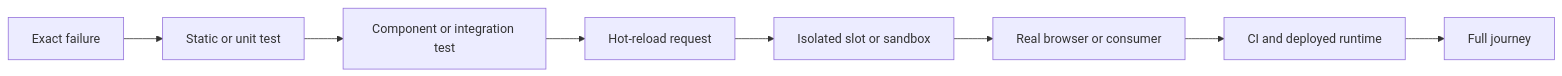
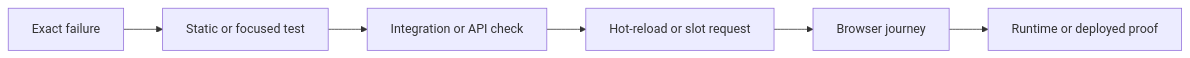
Before and after one commit to sabirmgd/terminal-first-goal-loop: the sixth of 10 diagrams in docs/playbooks.md, drawn with Mermaid. The commit also changed other lines of this file and 33 other files, not shown here.

````diff
--- a/docs/playbooks.md
+++ b/docs/playbooks.md
@@ -93,10 +107,8 @@
 ```mermaid
 flowchart LR
-    E["Exact failure"] --> T0["Static or unit test"]
-    T0 --> T1["Component or integration test"]
-    T1 --> T2["Hot-reload request"]
-    T2 --> T3["Isolated slot or sandbox"]
-    T3 --> T4["Real browser or consumer"]
-    T4 --> T5["CI and deployed runtime"]
-    T5 --> J["Full journey"]
+    E["Exact failure"] --> T0["Static or focused test"]
+    T0 --> T1["Integration or API check"]
+    T1 --> T2["Hot-reload or slot request"]
+    T2 --> T3["Browser journey"]
+    T3 --> T4["Runtime or deployed proof"]
 ```
````
